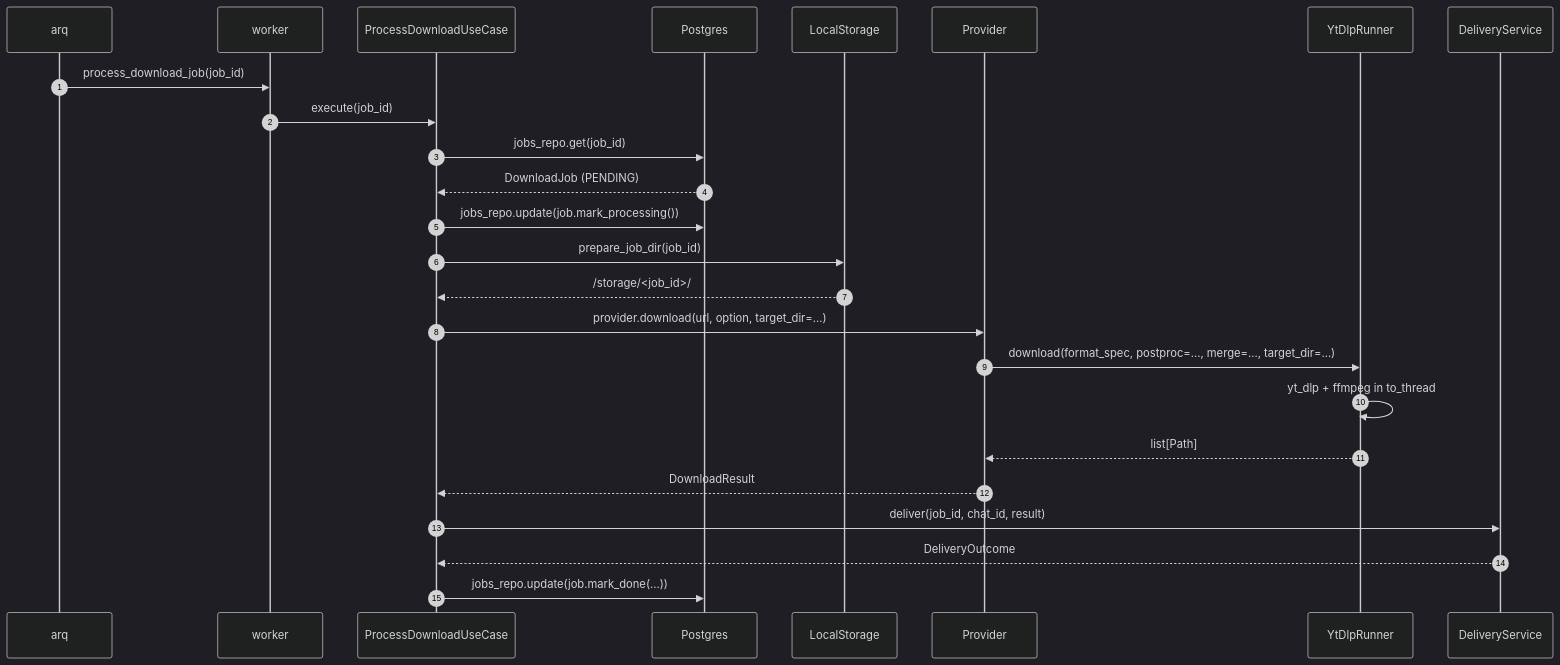
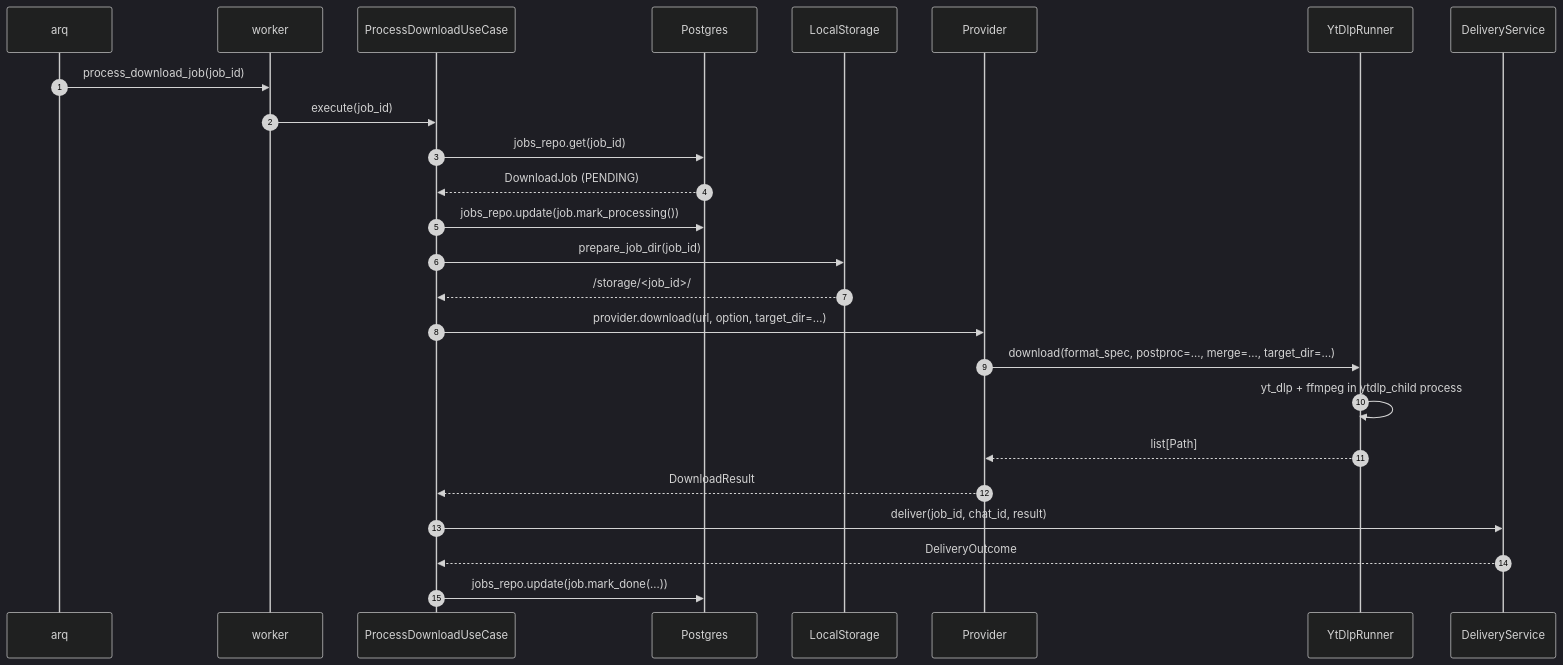
Before and after one commit to ariestop/DWTGBot: the second of 2 diagrams in docs/08-download-pipeline.md, drawn with Mermaid (dark theme). The commit also changed other lines of this file and 11 other files, not shown here.

First line of the commit message:
feat(worker): run yt-dlp downloads in a killable child process (audit R16)

````diff
--- a/docs/08-download-pipeline.md
+++ b/docs/08-download-pipeline.md
@@ -226,28 +233,28 @@
 ```mermaid
 sequenceDiagram
     autonumber
     participant Q as arq
     participant W as worker
     participant UC as ProcessDownloadUseCase
     participant DB as Postgres
     participant FS as LocalStorage
     participant P as Provider
     participant YDL as YtDlpRunner
     participant Deliver as DeliveryService
 
     Q ->> W: process_download_job(job_id)
     W ->> UC: execute(job_id)
     UC ->> DB: jobs_repo.get(job_id)
     DB -->> UC: DownloadJob (PENDING)
     UC ->> DB: jobs_repo.update(job.mark_processing())
     UC ->> FS: prepare_job_dir(job_id)
     FS -->> UC: /storage/<job_id>/
     UC ->> P: provider.download(url, option, target_dir=...)
     P ->> YDL: download(format_spec, postproc=..., merge=..., target_dir=...)
-    YDL ->> YDL: yt_dlp + ffmpeg in to_thread
+    YDL ->> YDL: yt_dlp + ffmpeg in ytdlp_child process
     YDL -->> P: list[Path]
     P -->> UC: DownloadResult
     UC ->> Deliver: deliver(job_id, chat_id, result)
     Deliver -->> UC: DeliveryOutcome
     UC ->> DB: jobs_repo.update(job.mark_done(...))
 ```
````
